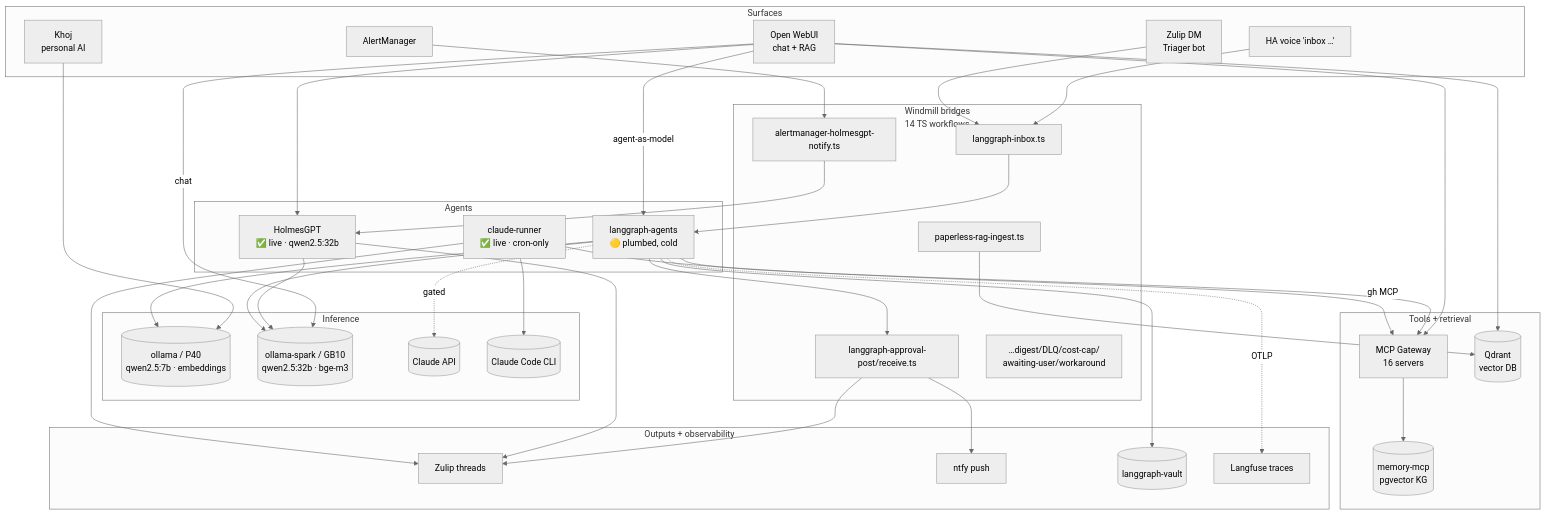
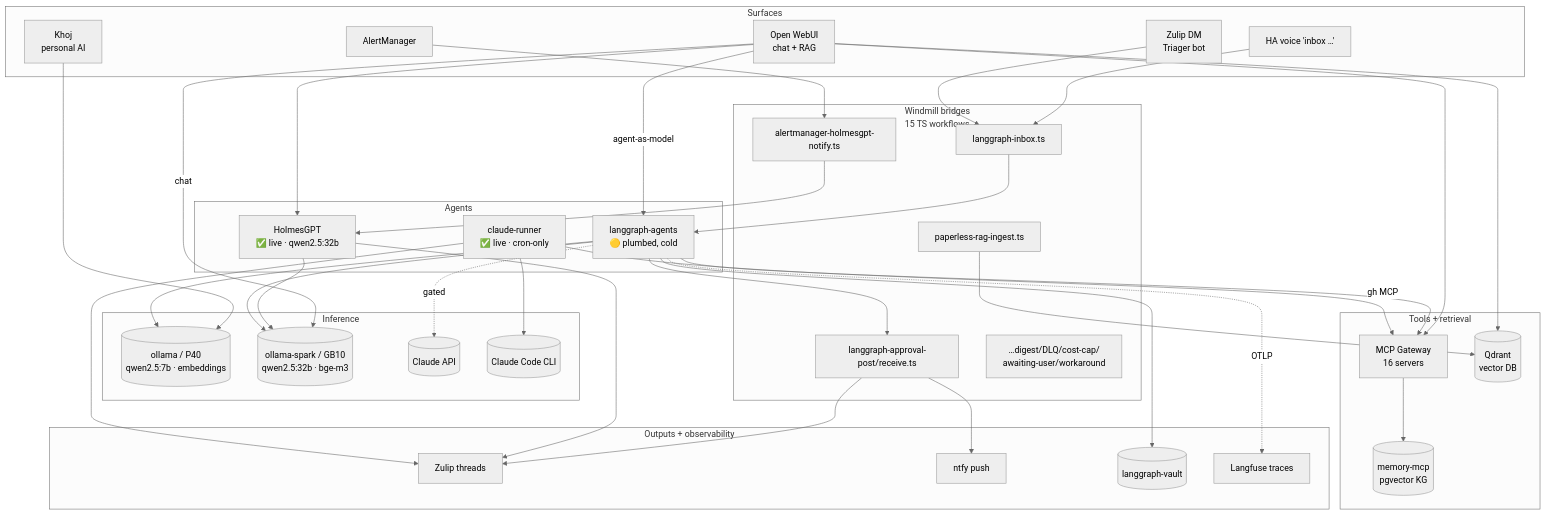
Before and after one commit to rwlove/home-ops: the second of 3 diagrams in README.md, drawn with Mermaid (neutral theme). The commit also changed other lines of this file and 1 other file, not shown here.

First line of the commit message:
feat(home/windmill): agent-driven Renovate PR triage (#11981)

````diff
--- a/README.md
+++ b/README.md
@@ -317,67 +317,67 @@
 ```mermaid
 flowchart TB
     subgraph Surfaces[Surfaces]
         OWUI[Open WebUI<br/>chat + RAG]
         Khoj[Khoj<br/>personal AI]
         Voice[HA voice 'inbox …']
         ZulipDM[Zulip DM<br/>Triager bot]
         AM[AlertManager]
     end
 
-    subgraph Bridges[Windmill bridges<br/>14 TS workflows]
+    subgraph Bridges[Windmill bridges<br/>15 TS workflows]
         WInbox[langgraph-inbox.ts]
         WAlert[alertmanager-holmesgpt-notify.ts]
         WApprove[langgraph-approval-post/receive.ts]
         WPaperless[paperless-rag-ingest.ts]
         WOther[…digest/DLQ/cost-cap/<br/>awaiting-user/workaround]
     end
 
     subgraph Agents[Agents]
         Holmes[HolmesGPT<br/>✅ live · qwen2.5:32b]
         LG[langgraph-agents<br/>🟡 plumbed, cold]
         CR[claude-runner<br/>✅ live · cron-only]
     end
 
     subgraph Inference[Inference]
         OllamaP40[(ollama / P40<br/>qwen2.5:7b · embeddings)]
         OllamaSpark[(ollama-spark / GB10<br/>qwen2.5:32b · bge-m3)]
         Claude[(Claude API)]
         CC[(Claude Code CLI)]
     end
 
     subgraph Tools[Tools + retrieval]
         Gw[MCP Gateway<br/>16 servers]
         Q[(Qdrant<br/>vector DB)]
         Mem[(memory-mcp<br/>pgvector KG)]
     end
 
     subgraph Outputs[Outputs + observability]
         Zulip[Zulip threads]
         Ntfy[ntfy push]
         Vault[(langgraph-vault)]
         LF[Langfuse traces]
     end
 
     Voice --> WInbox --> LG
     ZulipDM --> WInbox
     OWUI -->|chat| OllamaSpark
     OWUI -->|agent-as-model| LG
     OWUI --> Gw
     OWUI --> Holmes
     OWUI --> Q
     Khoj --> OllamaP40
     AM --> WAlert --> Holmes
     Holmes --> OllamaSpark
     LG --> OllamaSpark
     LG --> OllamaP40
     LG -.->|gated| Claude
     LG --> Gw --> Mem
     LG -.->|OTLP| LF
     WPaperless --> Q
     CR --> CC
     CR -->|gh MCP| Gw
     LG --> WApprove --> Zulip & Ntfy
     LG --> Vault
     Holmes --> Zulip
     CR --> Zulip
 ```
````
